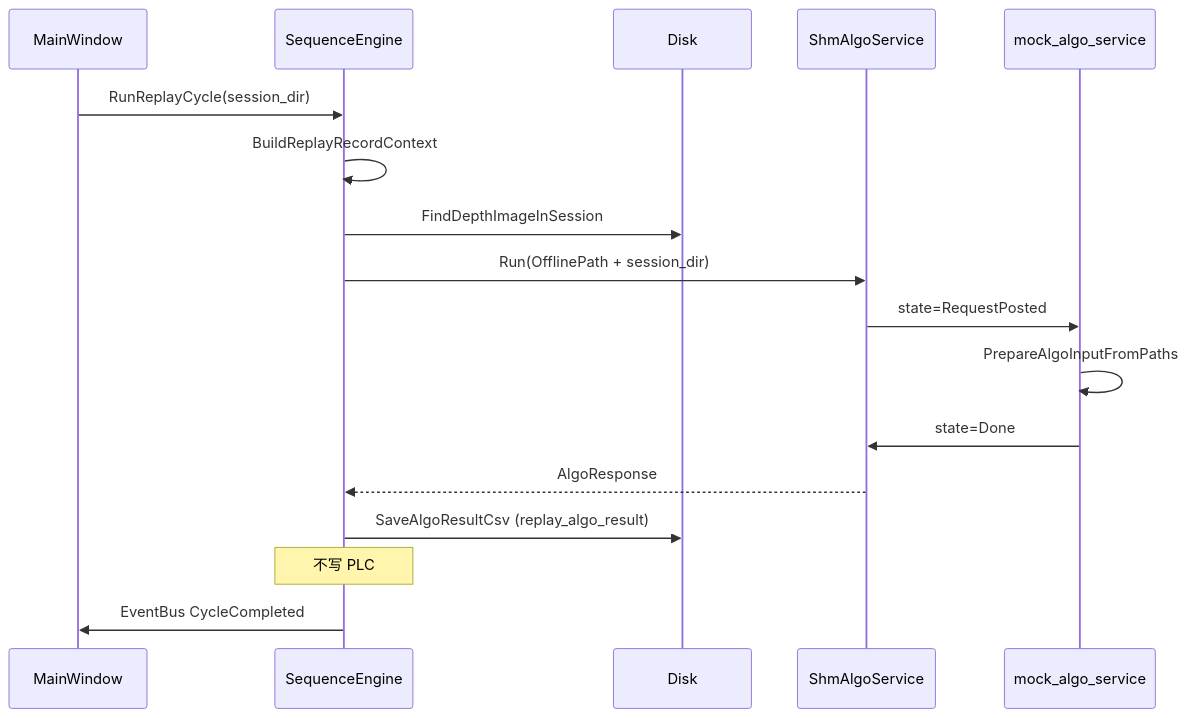
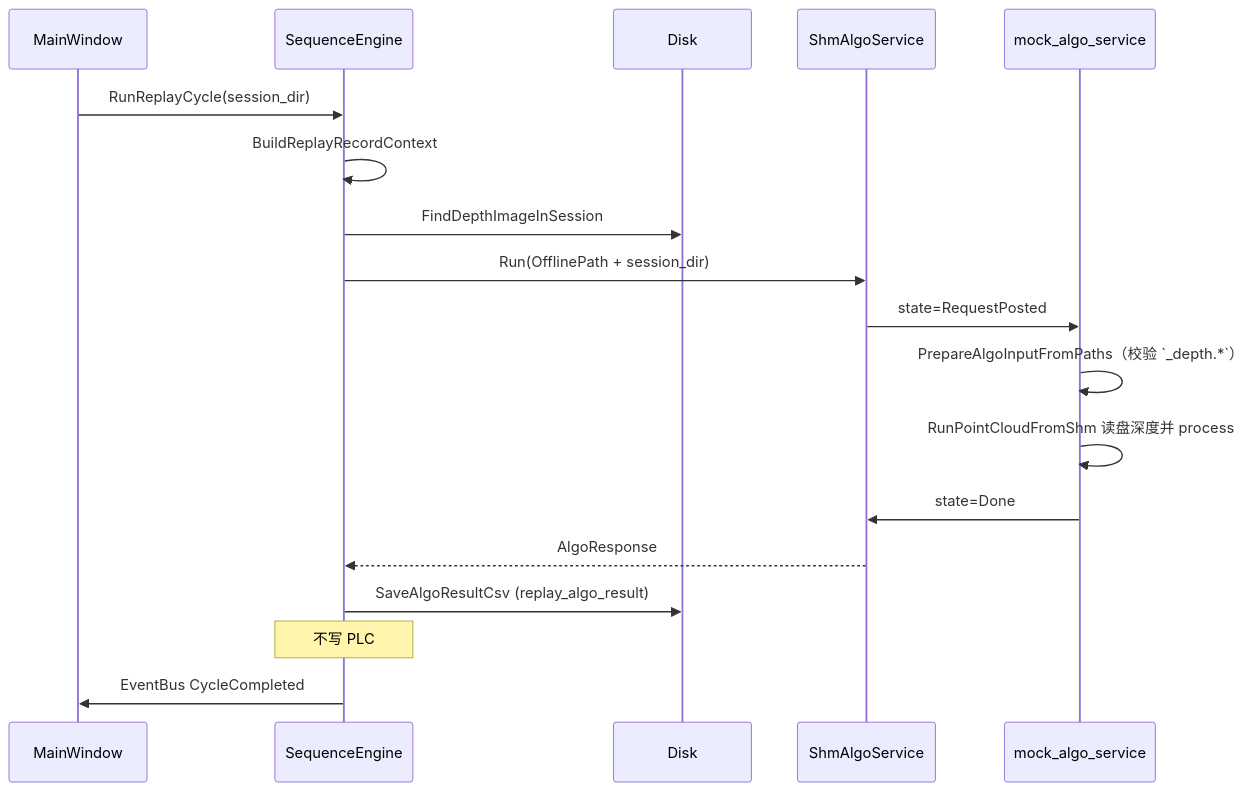
Before and after one commit to wdeshijie666/visual_system_kangning: the second of 2 diagrams in visual_system/docs/框架流程通路.md, drawn with Mermaid. The commit also changed other lines of this file and 4 other files, not shown here.

First line of the commit message:
feat(algo): load session depth for historical offline replay

````diff
--- a/visual_system/docs/框架流程通路.md
+++ b/visual_system/docs/框架流程通路.md
@@ -450,20 +451,21 @@
 ```mermaid
 sequenceDiagram
     participant UI as MainWindow
     participant SE as SequenceEngine
     participant Disk
     participant SHM as ShmAlgoService
     participant Algo as mock_algo_service
 
     UI->>SE: RunReplayCycle(session_dir)
     SE->>SE: BuildReplayRecordContext
     SE->>Disk: FindDepthImageInSession
     SE->>SHM: Run(OfflinePath + session_dir)
     SHM->>Algo: state=RequestPosted
-    Algo->>Algo: PrepareAlgoInputFromPaths
+    Algo->>Algo: PrepareAlgoInputFromPaths（校验 `_depth.*`）
+    Algo->>Algo: RunPointCloudFromShm 读盘深度并 process
     Algo->>SHM: state=Done
     SHM-->>SE: AlgoResponse
     SE->>Disk: SaveAlgoResultCsv (replay_algo_result)
     Note over SE: 不写 PLC
     SE->>UI: EventBus CycleCompleted
 ```
````
